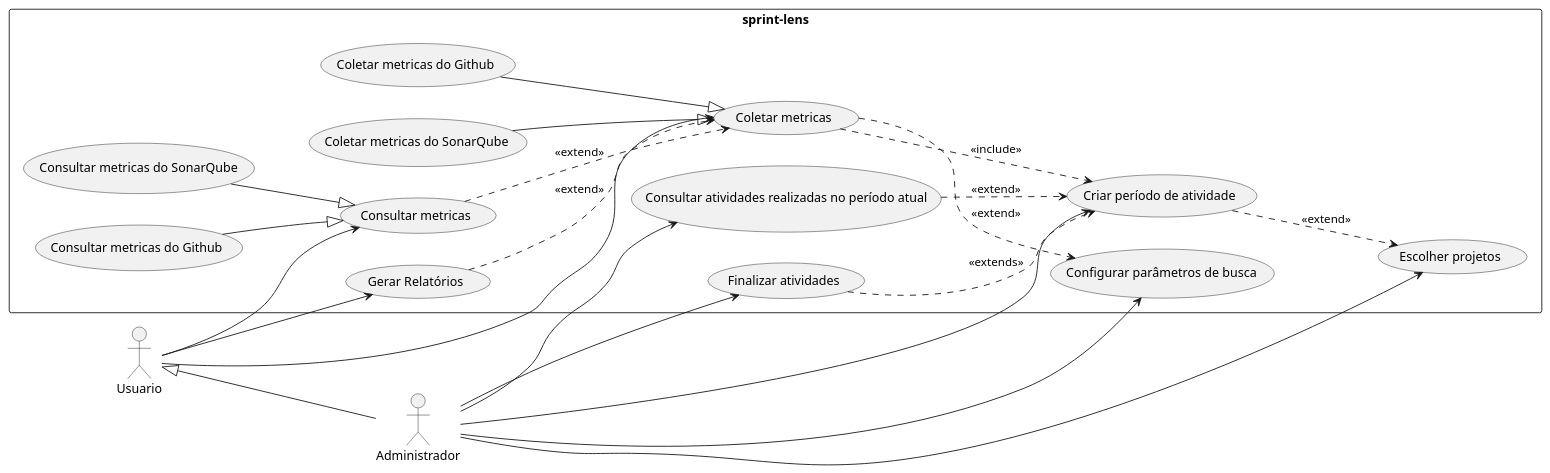
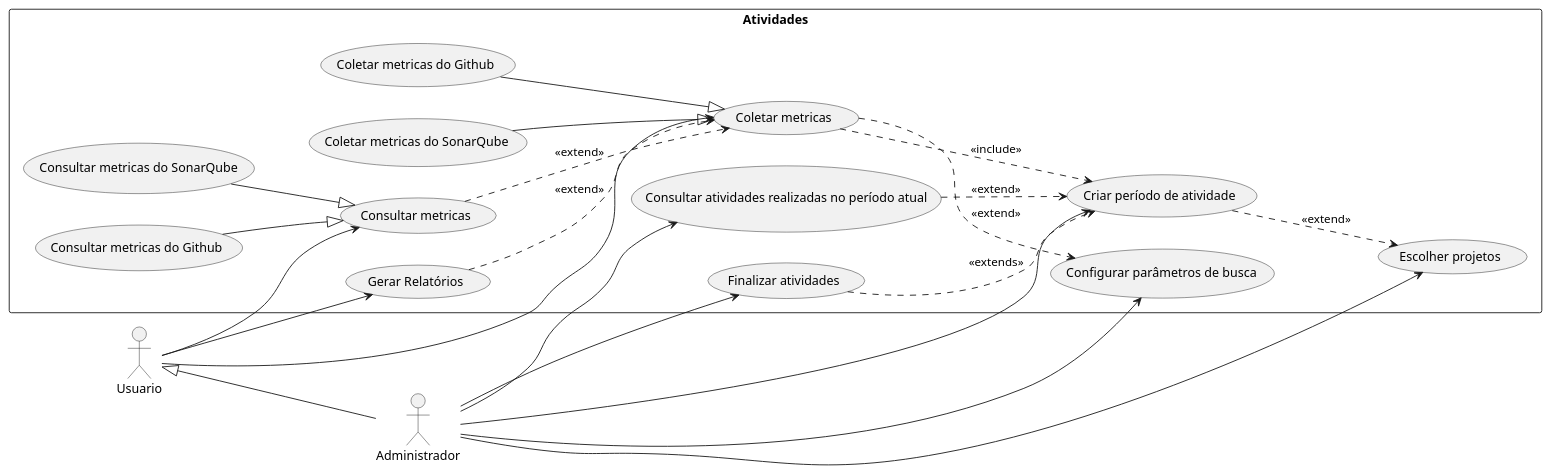
Before and after one commit to yurilsn/DiagramasUml: the diagram in caso_de_uso_proj_final.wsd, drawn with PlantUML.

Commit message:
corrigindo nome

```diff
--- a/caso_de_uso_proj_final.wsd
+++ b/caso_de_uso_proj_final.wsd
@@ -4,58 +4,58 @@
 @startuml
 ' skinparam linetype ortho
 left to right direction
 
 actor "Usuario" as usuario
 actor "Administrador" as adm
 
 usuario <|-- adm
 
 
 
-rectangle "sprint-lens" {
+rectangle "Atividades" {
 
     usecase "Coletar metricas do Github" as coleta_github
     usecase "Coletar metricas do SonarQube" as coleta_sonarqube
     usecase "Coletar metricas" as coleta
     usecase "Consultar metricas do SonarQube" as consulta_sonarqube
     usecase "Consultar metricas do Github" as consulta_github
     usecase "Consultar metricas" as consulta
     usecase "Gerar Relatórios" as gerar_relatorio
     usecase "Criar período de atividade" as criar_periodo
     usecase "Consultar atividades realizadas no período atual" as consultar_atividade
     usecase "Finalizar atividades" as finaliza_atividades
     usecase "Configurar parâmetros de busca" as parametro_busca
     usecase "Escolher projetos" as escolher_projeto
 
 
 
     consulta_sonarqube --|> consulta
     consulta_github --|> consulta
     coleta_github --|> coleta
     coleta_sonarqube --|> coleta
     consulta -[dashed]-> coleta : <<extend>>
     coleta -[dashed]-> parametro_busca : <<extend>>
     coleta -[dashed]-> criar_periodo : <<include>>
     gerar_relatorio -[dashed]-> coleta : <<extend>>
     consultar_atividade -[dashed]-> criar_periodo : <<extend>> 
     criar_periodo -[dashed]-> escolher_projeto : <<extend>>
     finaliza_atividades -[dashed]-> criar_periodo : <<extends>>
     
 
 
     usuario --> consulta
     usuario --> gerar_relatorio
     usuario --> coleta
     adm --> criar_periodo
     adm --> consultar_atividade
     adm --> finaliza_atividades
     adm --> parametro_busca
     adm --> escolher_projeto
     
 
   
 
     
       
 }
 @enduml
```
